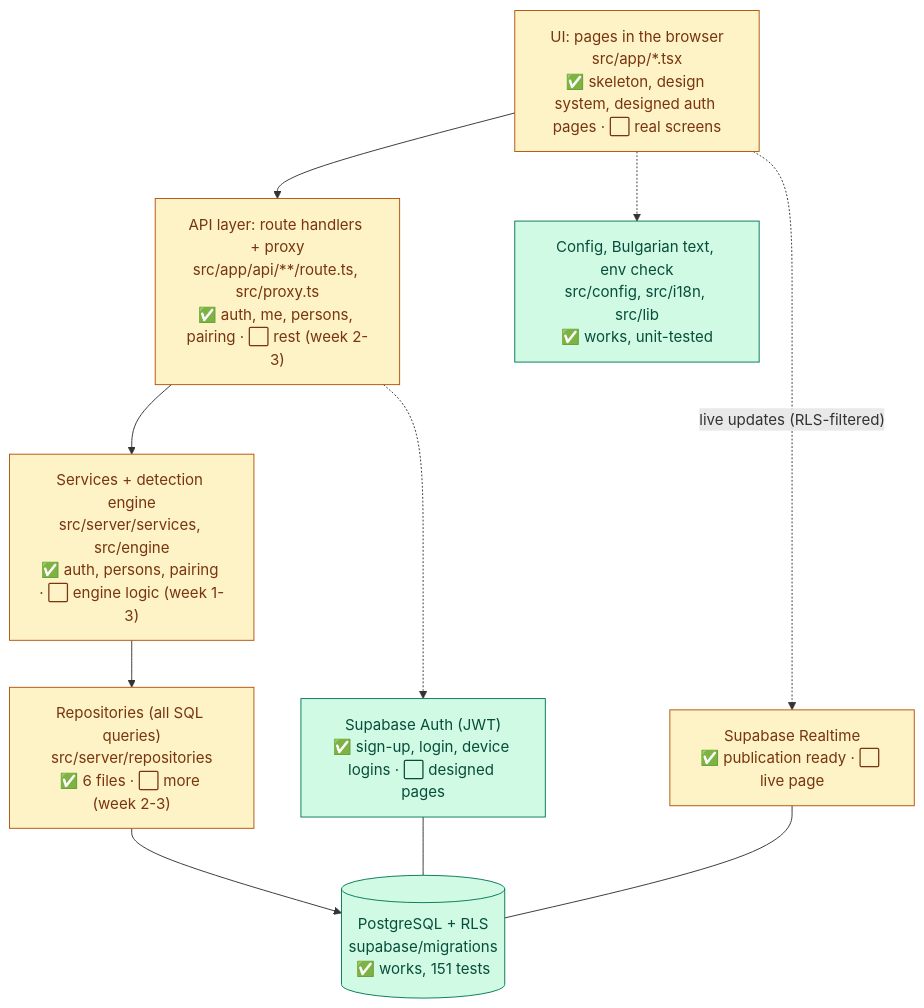
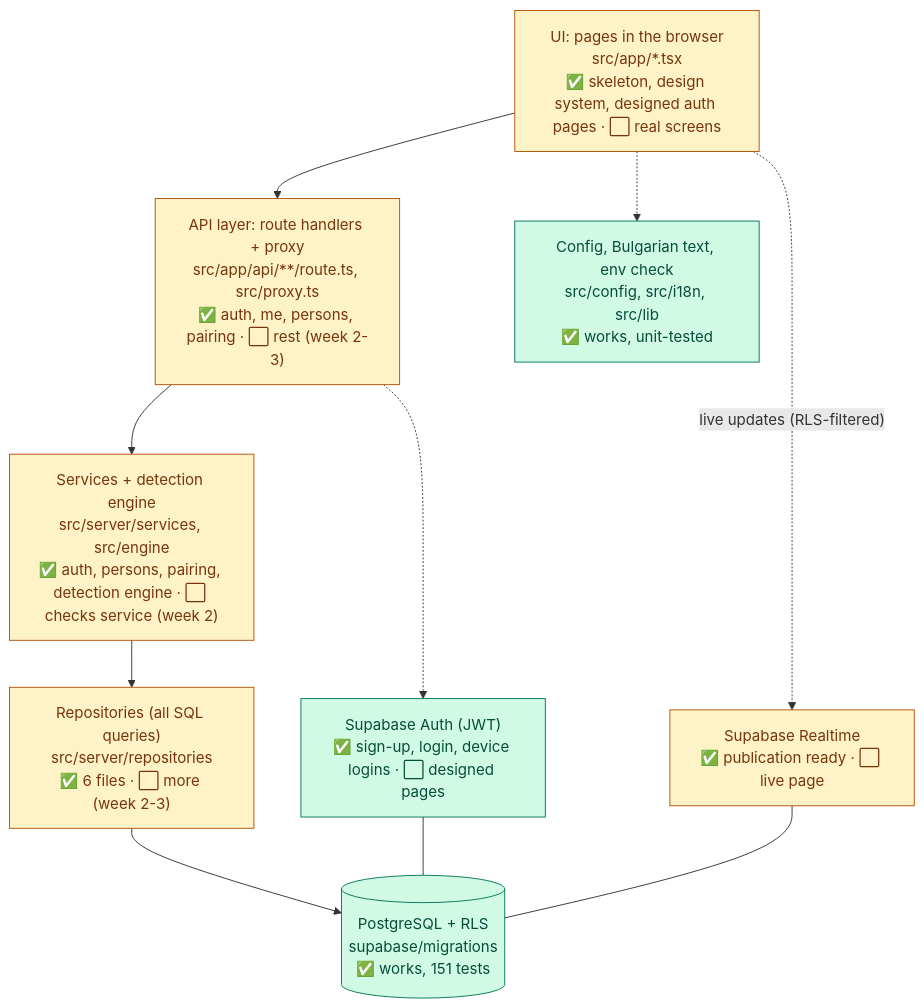
Before and after one commit to AVGe0rgiev23/Scamly: the diagram in docs/HOW_IT_WORKS.md, drawn with Mermaid. The commit also changed other lines of this file and 3 other files, not shown here.

````diff
--- a/docs/HOW_IT_WORKS.md
+++ b/docs/HOW_IT_WORKS.md
@@ -36,24 +36,24 @@
 ```mermaid
 flowchart TB
   UI["UI: pages in the browser<br/>src/app/*.tsx<br/>✅ skeleton, design system, designed auth pages · ⬜ real screens"]
   API["API layer: route handlers + proxy<br/>src/app/api/**/route.ts, src/proxy.ts<br/>✅ auth, me, persons, pairing · ⬜ rest (week 2-3)"]
-  SVC["Services + detection engine<br/>src/server/services, src/engine<br/>✅ auth, persons, pairing · ⬜ engine logic (week 1-3)"]
+  SVC["Services + detection engine<br/>src/server/services, src/engine<br/>✅ auth, persons, pairing, detection engine · ⬜ checks service (week 2)"]
   REPO["Repositories (all SQL queries)<br/>src/server/repositories<br/>✅ 6 files · ⬜ more (week 2-3)"]
   PG[("PostgreSQL + RLS<br/>supabase/migrations<br/>✅ works, 151 tests")]
   AUTH["Supabase Auth (JWT)<br/>✅ sign-up, login, device logins · ⬜ designed pages"]
   RT["Supabase Realtime<br/>✅ publication ready · ⬜ live page"]
   CFG["Config, Bulgarian text, env check<br/>src/config, src/i18n, src/lib<br/>✅ works, unit-tested"]
 
   UI --> API --> SVC --> REPO --> PG
   UI -.-> CFG
   API -.-> AUTH
   AUTH --- PG
   RT --- PG
   UI -. "live updates (RLS-filtered)" .-> RT
 
   classDef done fill:#d1fae5,stroke:#047857,color:#064e3b
   classDef planned fill:#f3f4f6,stroke:#6b7280,stroke-dasharray:5 5,color:#374151
   classDef partly fill:#fef3c7,stroke:#b45309,color:#78350f
   class PG,CFG,AUTH done
   class UI,API,SVC,REPO,RT partly
 ```
````
